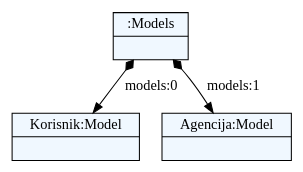
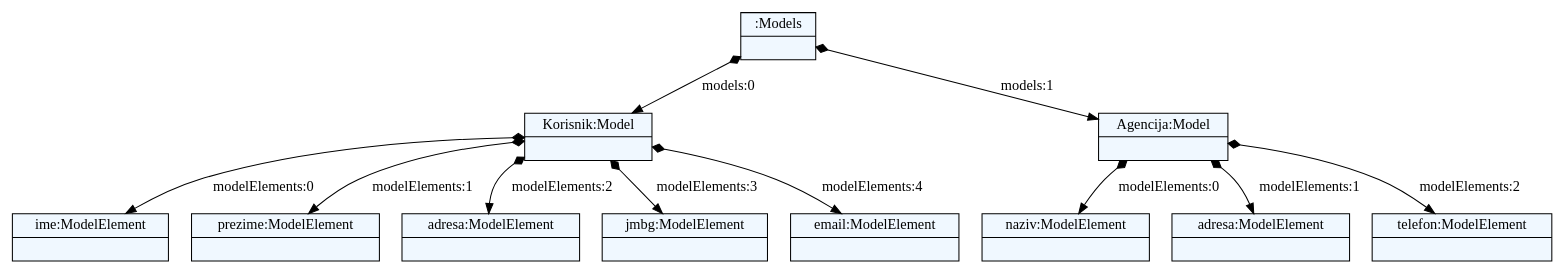
One commit to jovana992/jsd2017 changed the diagram in JSD/test.dot. Above: the diagram before and after it, drawn with Graphviz. The commit also changed 4 other files, not shown here.

Commit message:
Expanded grammer with modelElement rule.

```diff
--- a/JSD/test.dot
+++ b/JSD/test.dot
@@ -1,20 +1,36 @@
 
     digraph xtext {
     fontname = "Bitstream Vera Sans"
     fontsize = 8
     node[
         shape=record,
         style=filled,
         fillcolor=aliceblue
     ]
     nodesep = 0.3
     edge[dir=black,arrowtail=empty]
 
 
-2859269116928 -> 2859269117320 [label="models:0" arrowtail=diamond dir=both]
-2859269117320[label="{Korisnik:Model|}"]
-2859269116928 -> 2859269117376 [label="models:1" arrowtail=diamond dir=both]
-2859269117376[label="{Agencija:Model|}"]
-2859269116928[label="{:Models|}"]
+2507429303016 -> 2507429352336 [label="models:0" arrowtail=diamond dir=both]
+2507429352336 -> 2507429352392 [label="modelElements:0" arrowtail=diamond dir=both]
+2507429352392[label="{ime:ModelElement|}"]
+2507429352336 -> 2507429352504 [label="modelElements:1" arrowtail=diamond dir=both]
+2507429352504[label="{prezime:ModelElement|}"]
+2507429352336 -> 2507429352616 [label="modelElements:2" arrowtail=diamond dir=both]
+2507429352616[label="{adresa:ModelElement|}"]
+2507429352336 -> 2507429352672 [label="modelElements:3" arrowtail=diamond dir=both]
+2507429352672[label="{jmbg:ModelElement|}"]
+2507429352336 -> 2507429352728 [label="modelElements:4" arrowtail=diamond dir=both]
+2507429352728[label="{email:ModelElement|}"]
+2507429352336[label="{Korisnik:Model|}"]
+2507429303016 -> 2507419818024 [label="models:1" arrowtail=diamond dir=both]
+2507419818024 -> 2507429352784 [label="modelElements:0" arrowtail=diamond dir=both]
+2507429352784[label="{naziv:ModelElement|}"]
+2507419818024 -> 2507429352560 [label="modelElements:1" arrowtail=diamond dir=both]
+2507429352560[label="{adresa:ModelElement|}"]
+2507419818024 -> 2507429352952 [label="modelElements:2" arrowtail=diamond dir=both]
+2507429352952[label="{telefon:ModelElement|}"]
+2507419818024[label="{Agencija:Model|}"]
+2507429303016[label="{:Models|}"]
 
 }
```
